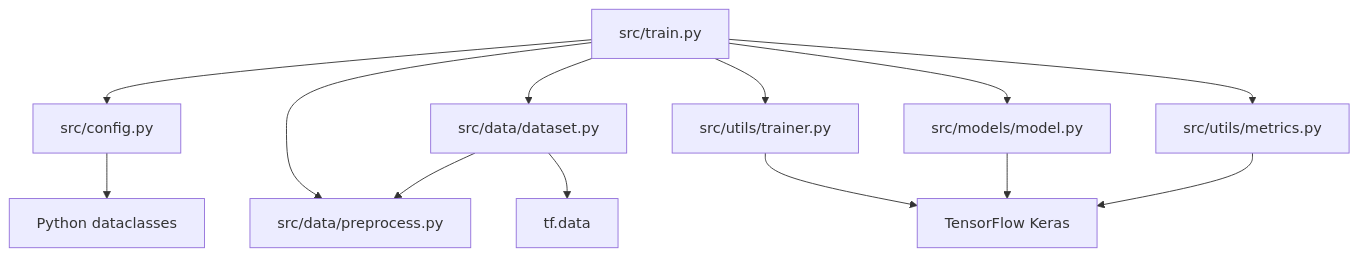
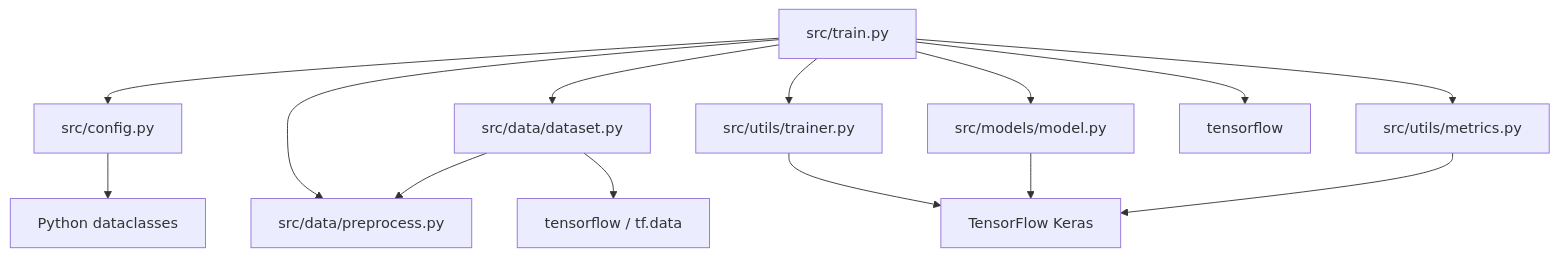
The first of 2 diagrams in docs/dependency.md (koretty/nano-hand-onnx), drawn with Mermaid before and after one commit. The commit also changed other lines of this file and 4 other files, not shown here.

````diff
--- a/docs/dependency.md
+++ b/docs/dependency.md
@@ -5,17 +5,18 @@
 ```mermaid
 graph TD
     train_py["src/train.py"] --> config_py["src/config.py"]
     train_py --> dataset_py["src/data/dataset.py"]
     train_py --> preprocess_py["src/data/preprocess.py"]
     train_py --> model_py["src/models/model.py"]
     train_py --> metrics_py["src/utils/metrics.py"]
     train_py --> trainer_py["src/utils/trainer.py"]
+    train_py --> tf_train["tensorflow"]
 
     dataset_py --> preprocess_py
+    dataset_py --> tf_data["tensorflow / tf.data"]
     trainer_py --> tf_keras["TensorFlow Keras"]
     model_py --> tf_keras
     metrics_py --> tf_keras
-    dataset_py --> tf_data["tf.data"]
 
     config_py --> py_stdlib["Python dataclasses"]
 ```
````
